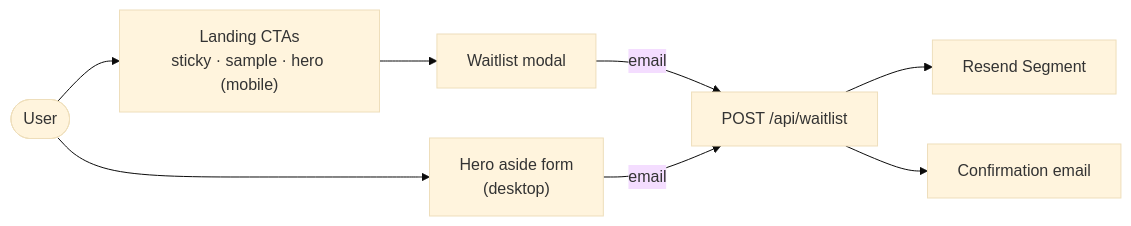
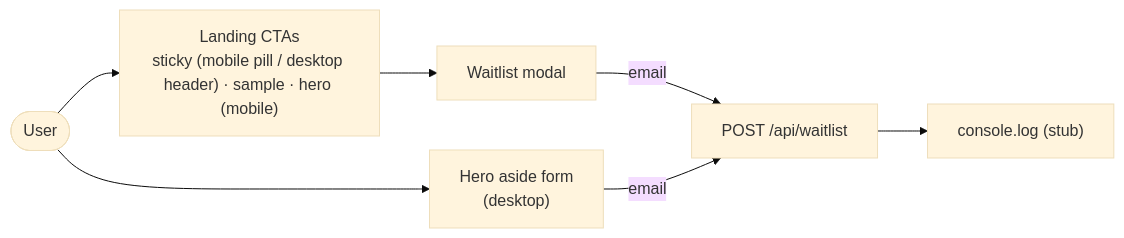
Before and after one commit to niiischall/drivescore-app: the first of 3 diagrams in docs/05-system-architecture.md, drawn with Mermaid (base theme). The commit also changed other lines of this file and 28 other files, not shown here.

````diff
--- a/docs/05-system-architecture.md
+++ b/docs/05-system-architecture.md
@@ -38,10 +37,9 @@
 ```mermaid
 flowchart LR
-    U([User]) --> C["Landing CTAs<br/>sticky · sample · hero (mobile)"]
+    U([User]) --> C["Landing CTAs<br/>sticky (mobile pill / desktop header) · sample · hero (mobile)"]
     U --> D["Hero aside form<br/>(desktop)"]
     C --> M[Waitlist modal]
     M -->|email| API["POST /api/waitlist"]
     D -->|email| API
-    API --> RS[Resend Segment]
-    API --> EM[Confirmation email]
+    API --> LOG["console.log (stub)"]
 ```
````
